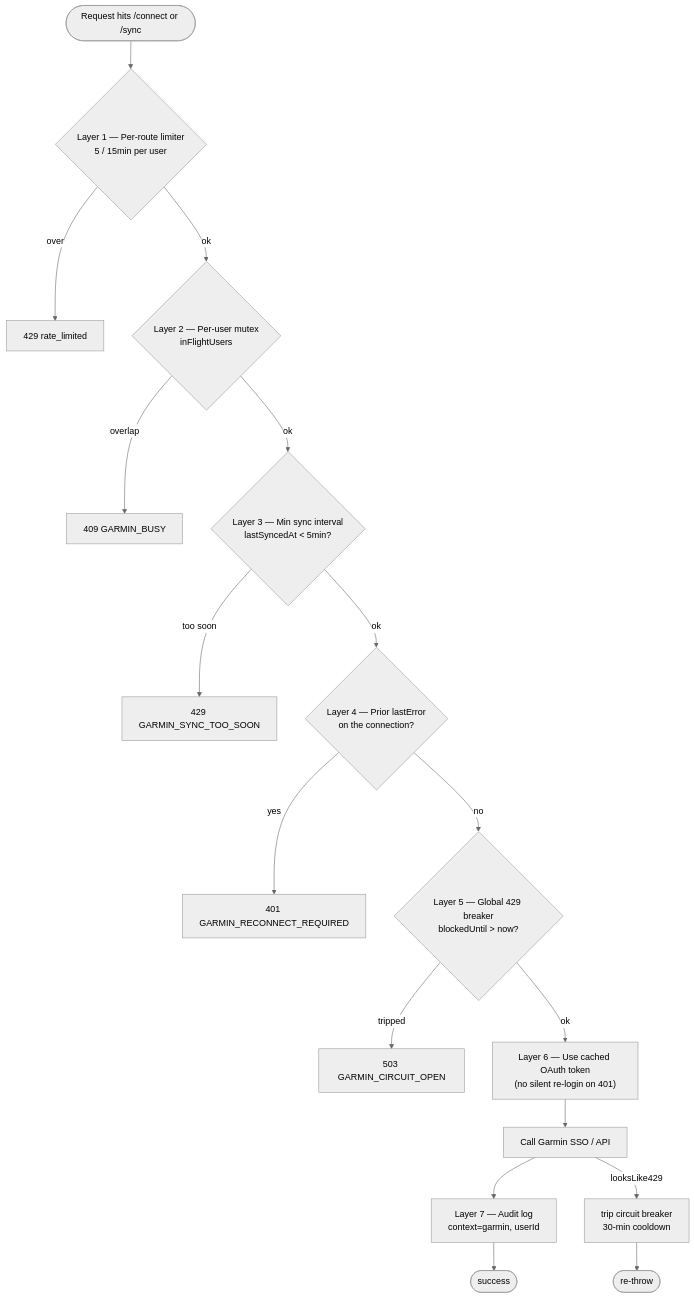
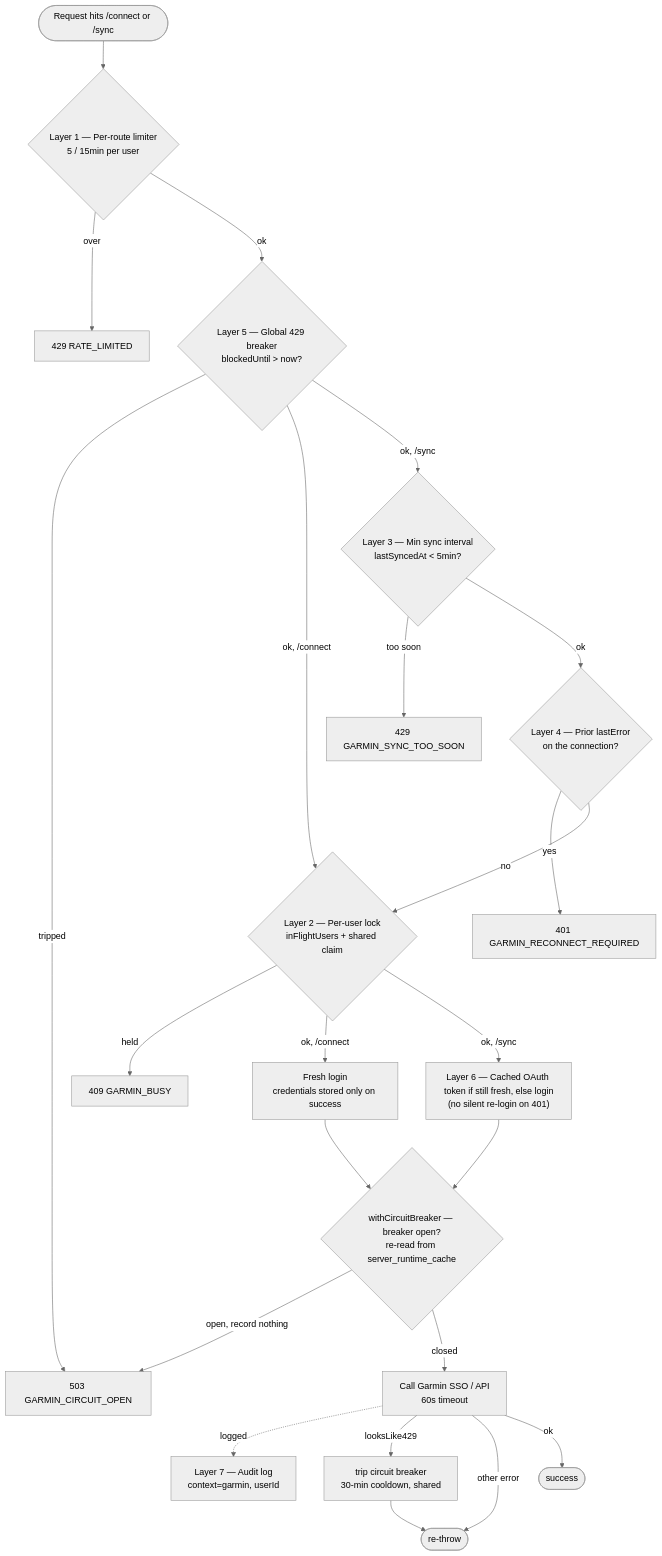
Before and after one commit to daler91/Hyrox-Companion: the second of 2 diagrams in docs/integrations.md, drawn with Mermaid (neutral theme). The commit also changed other lines of this file and 1 other file, not shown here.

````diff
--- a/docs/integrations.md
+++ b/docs/integrations.md
@@ -282,19 +282,25 @@
 ```mermaid
 flowchart TD
     Req([Request hits /connect or /sync]) --> L1{"Layer 1 — Per-route limiter<br/>5 / 15min per user"}
-    L1 -- over --> R429a["429 rate_limited"]
-    L1 -- ok --> L2{"Layer 2 — Per-user mutex<br/>inFlightUsers"}
-    L2 -- overlap --> R409["409 GARMIN_BUSY"]
-    L2 -- ok --> L3{"Layer 3 — Min sync interval<br/>lastSyncedAt &lt; 5min?"}
+    L1 -- over --> R429a["429 RATE_LIMITED"]
+    L1 -- ok --> L5{"Layer 5 — Global 429 breaker<br/>blockedUntil &gt; now?"}
+    L5 -- tripped --> R503["503 GARMIN_CIRCUIT_OPEN"]
+    L5 -- "ok, /connect" --> L2
+    L5 -- "ok, /sync" --> L3{"Layer 3 — Min sync interval<br/>lastSyncedAt &lt; 5min?"}
     L3 -- too soon --> R429b["429 GARMIN_SYNC_TOO_SOON"]
     L3 -- ok --> L4{"Layer 4 — Prior lastError<br/>on the connection?"}
     L4 -- yes --> R401["401 GARMIN_RECONNECT_REQUIRED"]
-    L4 -- no --> L5{"Layer 5 — Global 429 breaker<br/>blockedUntil &gt; now?"}
-    L5 -- tripped --> R503["503 GARMIN_CIRCUIT_OPEN"]
-    L5 -- ok --> L6["Layer 6 — Use cached OAuth token<br/>(no silent re-login on 401)"]
-    L6 --> Call[Call Garmin SSO / API]
-    Call --> Audit["Layer 7 — Audit log<br/>context=garmin, userId"]
-    Call -- looksLike429 --> Trip[trip circuit breaker<br/>30-min cooldown]
+    L4 -- no --> L2{"Layer 2 — Per-user lock<br/>inFlightUsers + shared claim"}
+    L2 -- held --> R409["409 GARMIN_BUSY"]
+    L2 -- "ok, /connect" --> Login["Fresh login<br/>credentials stored only on success"]
+    L2 -- "ok, /sync" --> L6["Layer 6 — Cached OAuth token if still fresh, else login<br/>(no silent re-login on 401)"]
+    Login --> Gate
+    L6 --> Gate{"withCircuitBreaker — breaker open?<br/>re-read from server_runtime_cache"}
+    Gate -- "open, record nothing" --> R503
+    Gate -- closed --> Call["Call Garmin SSO / API<br/>60s timeout"]
+    Call -. logged .-> Audit["Layer 7 — Audit log<br/>context=garmin, userId"]
+    Call -- looksLike429 --> Trip["trip circuit breaker<br/>30-min cooldown, shared"]
+    Call -- other error --> Fail
     Trip --> Fail([re-throw])
-    Audit --> Ok([success])
+    Call -- ok --> Ok([success])
 ```
````
